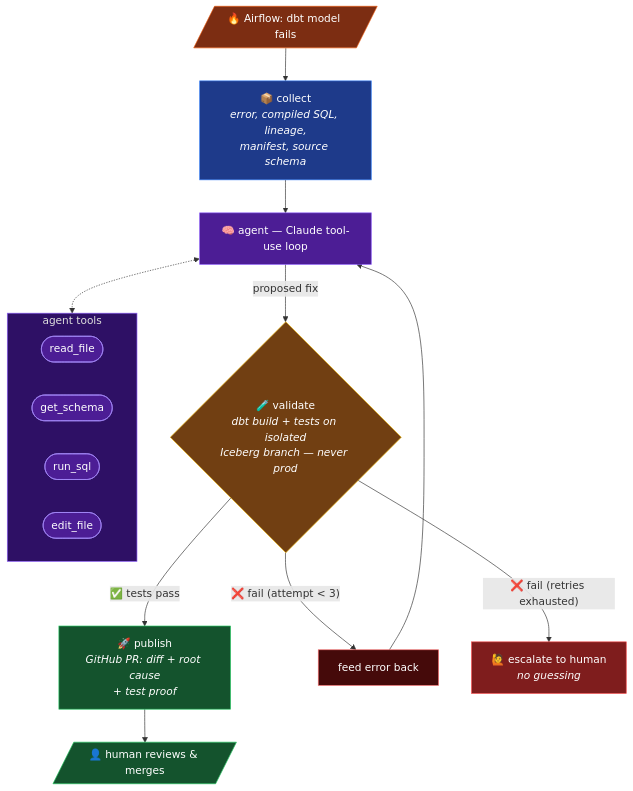
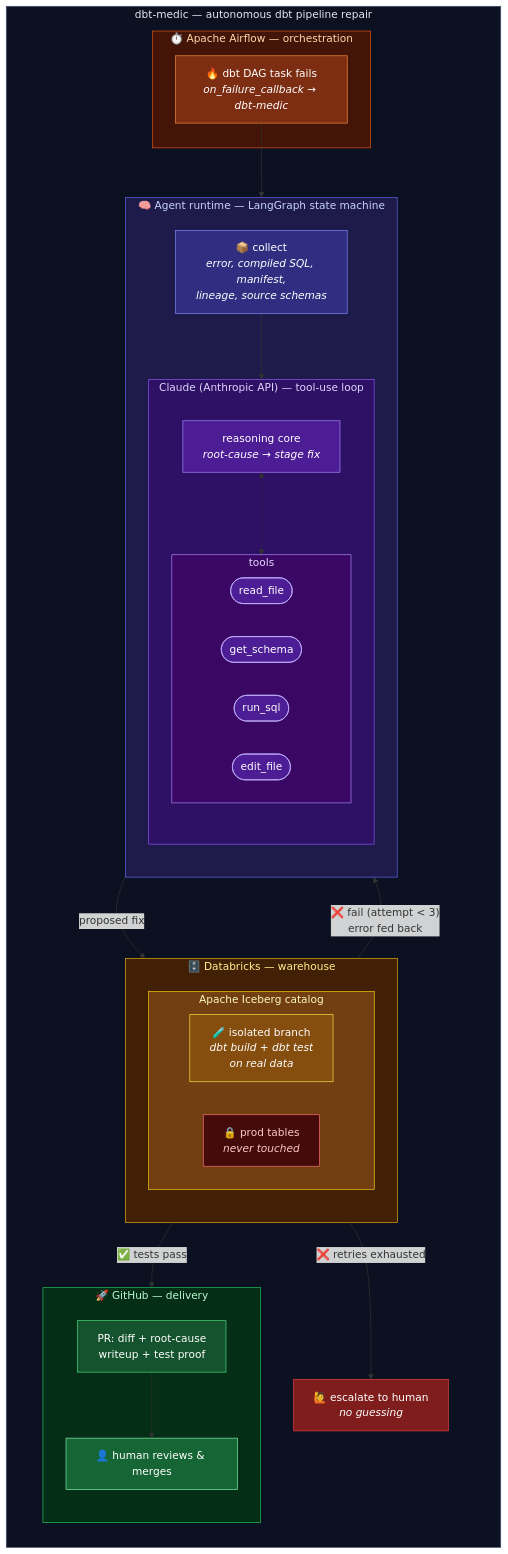
The diagram in README.md (kidskoding/pipemedic), drawn with Mermaid before and after one commit. The commit also changed other lines of this file, not shown here.

Commit message:
docs: redraw architecture as nested AWS-style Mermaid diagram with tech stack

````diff
--- a/README.md
+++ b/README.md
@@ -17,37 +19,75 @@
 ```mermaid
-flowchart TD
-    A[/"🔥 Airflow: dbt model fails"/] --> B["📦 collect<br/><i>error, compiled SQL, lineage,<br/>manifest, source schema</i>"]
-    B --> C["🧠 agent — Claude tool-use loop"]
+flowchart TB
+    subgraph SYS ["dbt-medic — autonomous dbt pipeline repair"]
+        direction TB
 
-    subgraph TOOLS ["agent tools"]
-        direction LR
-        T1(["read_file"])
-        T2(["get_schema"])
-        T3(["run_sql"])
-        T4(["edit_file"])
+        subgraph ORCH ["⏱️ Apache Airflow — orchestration"]
+            AF["🔥 dbt DAG task fails<br/><i>on_failure_callback → dbt-medic</i>"]
+        end
+
+        subgraph RUNTIME ["🧠 Agent runtime — LangGraph state machine"]
+            direction TB
+            COLLECT["📦 collect<br/><i>error, compiled SQL, manifest,<br/>lineage, source schemas</i>"]
+
+            subgraph LLM ["Claude (Anthropic API) — tool-use loop"]
+                direction TB
+                CORE["reasoning core<br/><i>root-cause → stage fix</i>"]
+                subgraph TOOLS ["tools"]
+                    direction LR
+                    T1(["read_file"])
+                    T2(["get_schema"])
+                    T3(["run_sql"])
+                    T4(["edit_file"])
+                end
+                CORE <-.-> TOOLS
+            end
+
+            COLLECT --> LLM
+        end
+
+        subgraph DBX ["🗄️ Databricks — warehouse"]
+            direction TB
+            subgraph ICE ["Apache Iceberg catalog"]
+                direction LR
+                BR["🧪 isolated branch<br/><i>dbt build + dbt test<br/>on real data</i>"]
+                PROD["🔒 prod tables<br/><i>never touched</i>"]
+            end
+        end
+
+        subgraph GH ["🚀 GitHub — delivery"]
+            direction TB
+            PR["PR: diff + root-cause<br/>writeup + test proof"]
+            HUMAN["👤 human reviews & merges"]
+            PR --> HUMAN
+        end
+
+        ESC["🙋 escalate to human<br/><i>no guessing</i>"]
+
+        AF --> COLLECT
+        LLM -- "proposed fix" --> BR
+        BR -- "❌ fail (attempt < 3)<br/>error fed back" --> LLM
+        BR -- "✅ tests pass" --> PR
+        BR -- "❌ retries exhausted" --> ESC
     end
 
-    C <-.-> TOOLS
-    C -- "proposed fix" --> D{"🧪 validate<br/><i>dbt build + tests on isolated<br/>Iceberg branch — never prod</i>"}
-
-    D -- "✅ tests pass" --> E["🚀 publish<br/><i>GitHub PR: diff + root cause<br/>+ test proof</i>"]
-    D -- "❌ fail (attempt < 3)" --> R["feed error back"]
-    R --> C
-    D -- "❌ fail (retries exhausted)" --> F["🙋 escalate to human<br/><i>no guessing</i>"]
-
-    E --> G[/"👤 human reviews & merges"/]
-
-    style A fill:#7c2d12,stroke:#ea580c,color:#fff
-    style B fill:#1e3a8a,stroke:#3b82f6,color:#fff
-    style C fill:#4c1d95,stroke:#8b5cf6,color:#fff
-    style TOOLS fill:#2e1065,stroke:#8b5cf6,color:#ddd
-    style T1 fill:#4c1d95,stroke:#a78bfa,color:#fff
-    style T2 fill:#4c1d95,stroke:#a78bfa,color:#fff
-    style T3 fill:#4c1d95,stroke:#a78bfa,color:#fff
-    style T4 fill:#4c1d95,stroke:#a78bfa,color:#fff
-    style D fill:#713f12,stroke:#eab308,color:#fff
-    style E fill:#14532d,stroke:#22c55e,color:#fff
-    style F fill:#7f1d1d,stroke:#ef4444,color:#fff
-    style G fill:#14532d,stroke:#22c55e,color:#fff
-    style R fill:#450a0a,stroke:#f87171,color:#fff
+    style SYS fill:#0b1120,stroke:#475569,color:#e2e8f0
+    style ORCH fill:#431407,stroke:#ea580c,color:#fed7aa
+    style AF fill:#7c2d12,stroke:#fb923c,color:#fff
+    style RUNTIME fill:#1e1b4b,stroke:#6366f1,color:#c7d2fe
+    style COLLECT fill:#312e81,stroke:#818cf8,color:#fff
+    style LLM fill:#2e1065,stroke:#8b5cf6,color:#ddd6fe
+    style CORE fill:#4c1d95,stroke:#a78bfa,color:#fff
+    style TOOLS fill:#3b0764,stroke:#a78bfa,color:#e9d5ff
+    style T1 fill:#4c1d95,stroke:#c4b5fd,color:#fff
+    style T2 fill:#4c1d95,stroke:#c4b5fd,color:#fff
+    style T3 fill:#4c1d95,stroke:#c4b5fd,color:#fff
+    style T4 fill:#4c1d95,stroke:#c4b5fd,color:#fff
+    style DBX fill:#422006,stroke:#eab308,color:#fef08a
+    style ICE fill:#713f12,stroke:#facc15,color:#fef9c3
+    style BR fill:#854d0e,stroke:#fde047,color:#fff
+    style PROD fill:#450a0a,stroke:#f87171,color:#fecaca
+    style GH fill:#052e16,stroke:#22c55e,color:#bbf7d0
+    style PR fill:#14532d,stroke:#4ade80,color:#fff
+    style HUMAN fill:#166534,stroke:#86efac,color:#fff
+    style ESC fill:#7f1d1d,stroke:#ef4444,color:#fff
 ```
````
